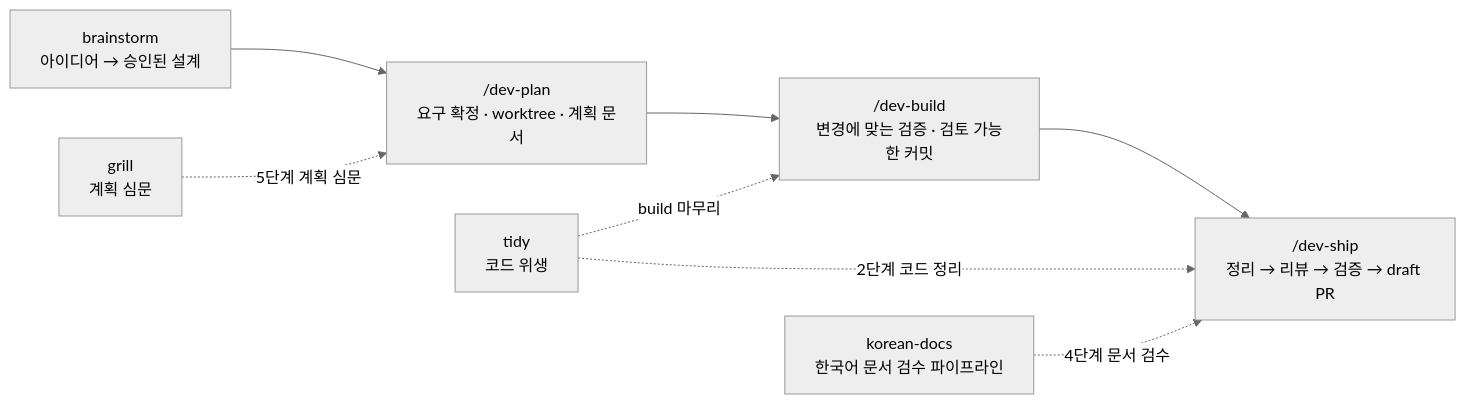
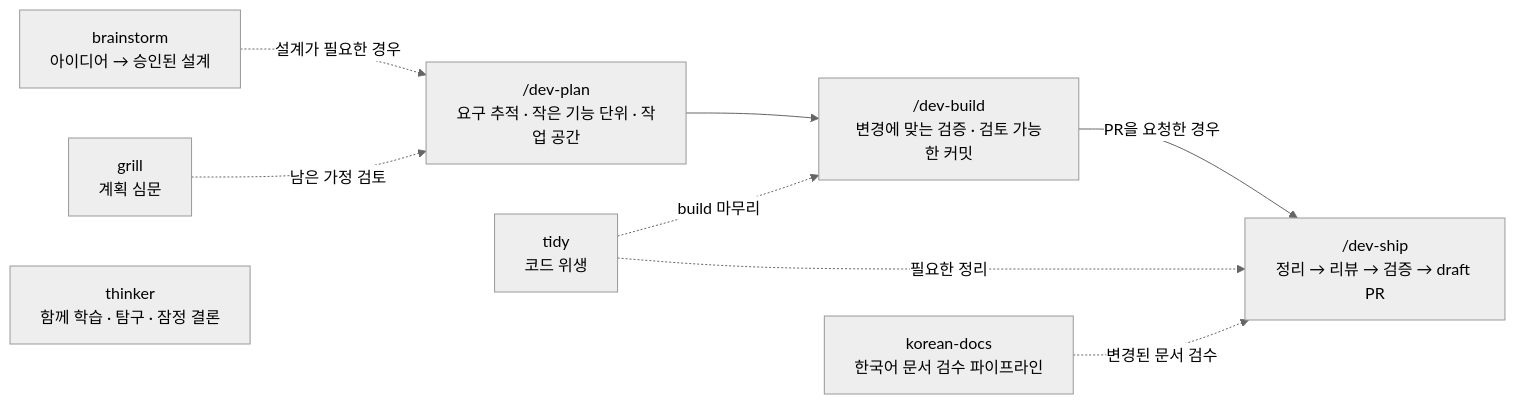
One commit to ruccess/skills changed the diagram in README.md. Above: the diagram before and after it, drawn with Mermaid (neutral theme). The commit also changed other lines of this file and 4 other files, not shown here.

````diff
--- a/README.md
+++ b/README.md
@@ -10,16 +10,18 @@
 ```mermaid
 flowchart LR
-    P["/dev-plan<br/>요구 확정 · worktree · 계획 문서"]
+    P["/dev-plan<br/>요구 추적 · 작은 기능 단위 · 작업 공간"]
     B["/dev-build<br/>변경에 맞는 검증 · 검토 가능한 커밋"]
     S["/dev-ship<br/>정리 → 리뷰 → 검증 → draft PR"]
     K["korean-docs<br/>한국어 문서 검수 파이프라인"]
     T["tidy<br/>코드 위생"]
     BR["brainstorm<br/>아이디어 → 승인된 설계"]
     G["grill<br/>계획 심문"]
-    BR --> P
-    G -.->|5단계 계획 심문| P
-    P --> B --> S
+    TH["thinker<br/>함께 학습 · 탐구 · 잠정 결론"]
+    BR -.->|설계가 필요한 경우| P
+    G -.->|남은 가정 검토| P
+    P --> B
+    B -->|PR을 요청한 경우| S
     T -.->|build 마무리| B
-    T -.->|2단계 코드 정리| S
-    K -.->|4단계 문서 검수| S
+    T -.->|필요한 정리| S
+    K -.->|변경된 문서 검수| S
 ```
````
